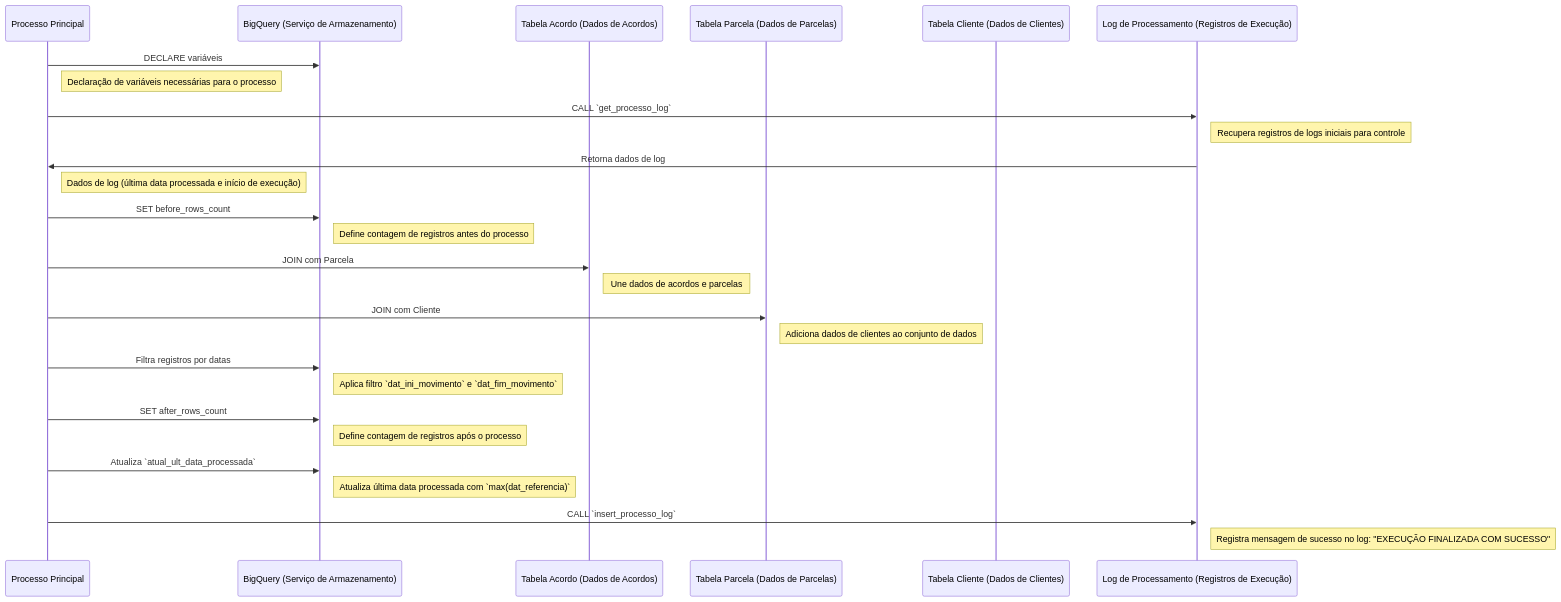
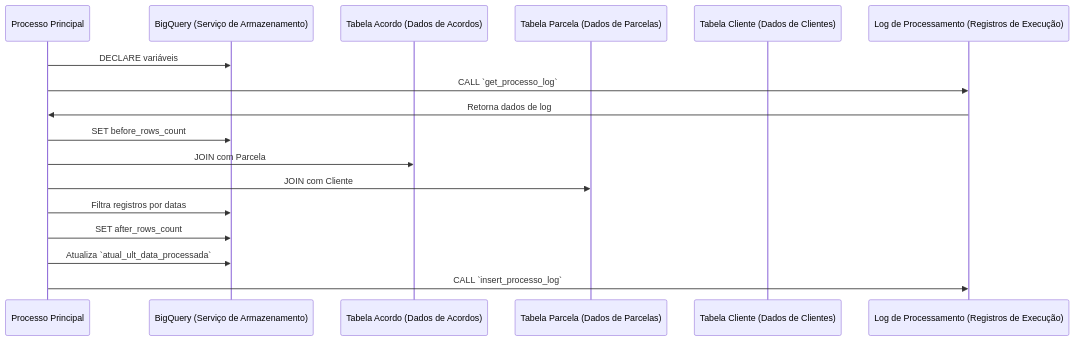
One commit to 2RP-Squad404/Halo-World changed the diagram in Sprints/SP03-0511/valentina/SP02-0511_DocumentacaoDoScript_Valentina.md. Above: the diagram before and after it, drawn with Mermaid.

Commit message:
docs: update reports

````diff
--- a/Sprints/SP03-0511/valentina/SP02-0511_DocumentacaoDoScript_Valentina.md
+++ b/Sprints/SP03-0511/valentina/SP02-0511_DocumentacaoDoScript_Valentina.md
@@ -1,41 +1,22 @@
 ```mermaid
 sequenceDiagram
     participant Processo as Processo Principal
     participant BigQuery as BigQuery (Serviço de Armazenamento)
     participant Acordo as Tabela Acordo (Dados de Acordos)
     participant Parcela as Tabela Parcela (Dados de Parcelas)
     participant Cliente as Tabela Cliente (Dados de Clientes)
     participant Logs as Log de Processamento (Registros de Execução)
 
     Processo->>BigQuery: DECLARE variáveis
-    note right of Processo: Declaração de variáveis necessárias para o processo
-
     Processo->>Logs: CALL `get_processo_log`
-    note right of Logs: Recupera registros de logs iniciais para controle
-
     Logs->>Processo: Retorna dados de log
-    note right of Processo: Dados de log (última data processada e início de execução)
-
     Processo->>BigQuery: SET before_rows_count
-    note right of BigQuery: Define contagem de registros antes do processo
-
     Processo->>Acordo: JOIN com Parcela
-    note right of Acordo: Une dados de acordos e parcelas
-
     Processo->>Parcela: JOIN com Cliente
-    note right of Parcela: Adiciona dados de clientes ao conjunto de dados
-
     Processo->>BigQuery: Filtra registros por datas
-    note right of BigQuery: Aplica filtro `dat_ini_movimento` e `dat_fim_movimento`
-
     Processo->>BigQuery: SET after_rows_count
-    note right of BigQuery: Define contagem de registros após o processo
-
     Processo->>BigQuery: Atualiza `atual_ult_data_processada`
-    note right of BigQuery: Atualiza última data processada com `max(dat_referencia)`
-
     Processo->>Logs: CALL `insert_processo_log`
-    note right of Logs: Registra mensagem de sucesso no log: "EXECUÇÃO FINALIZADA COM SUCESSO"
 
 
 ```
````
